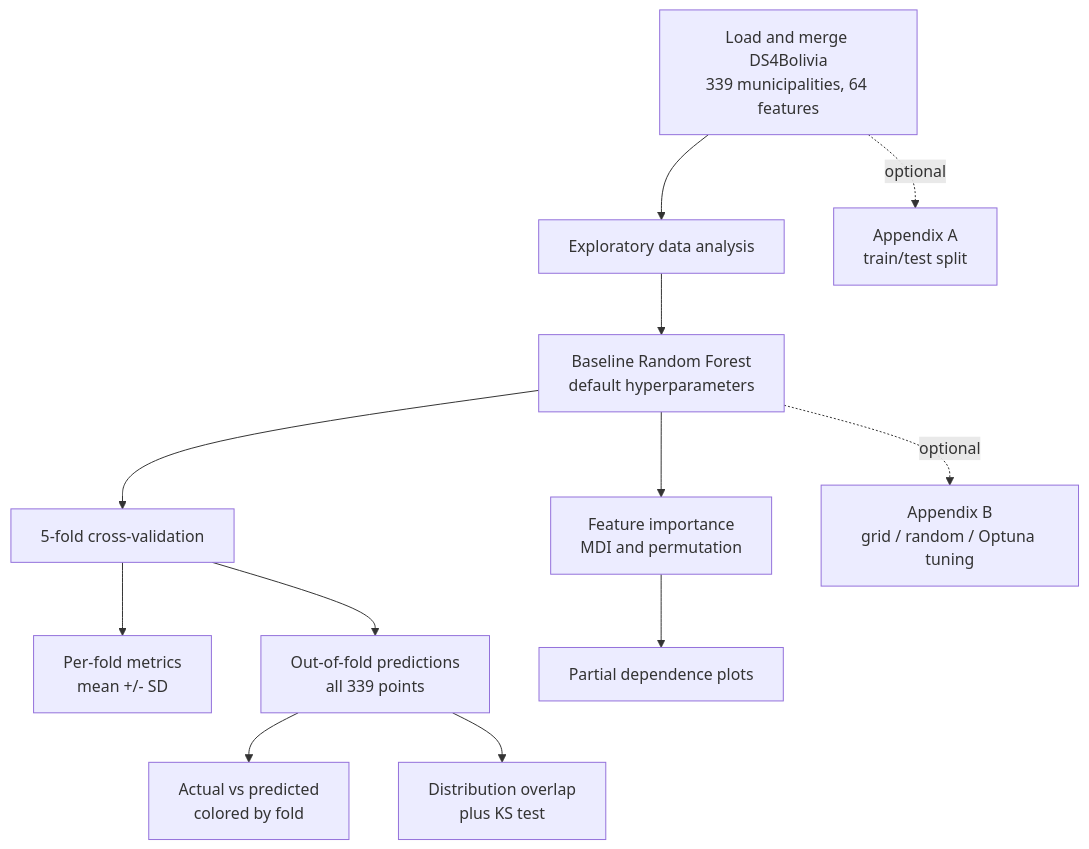
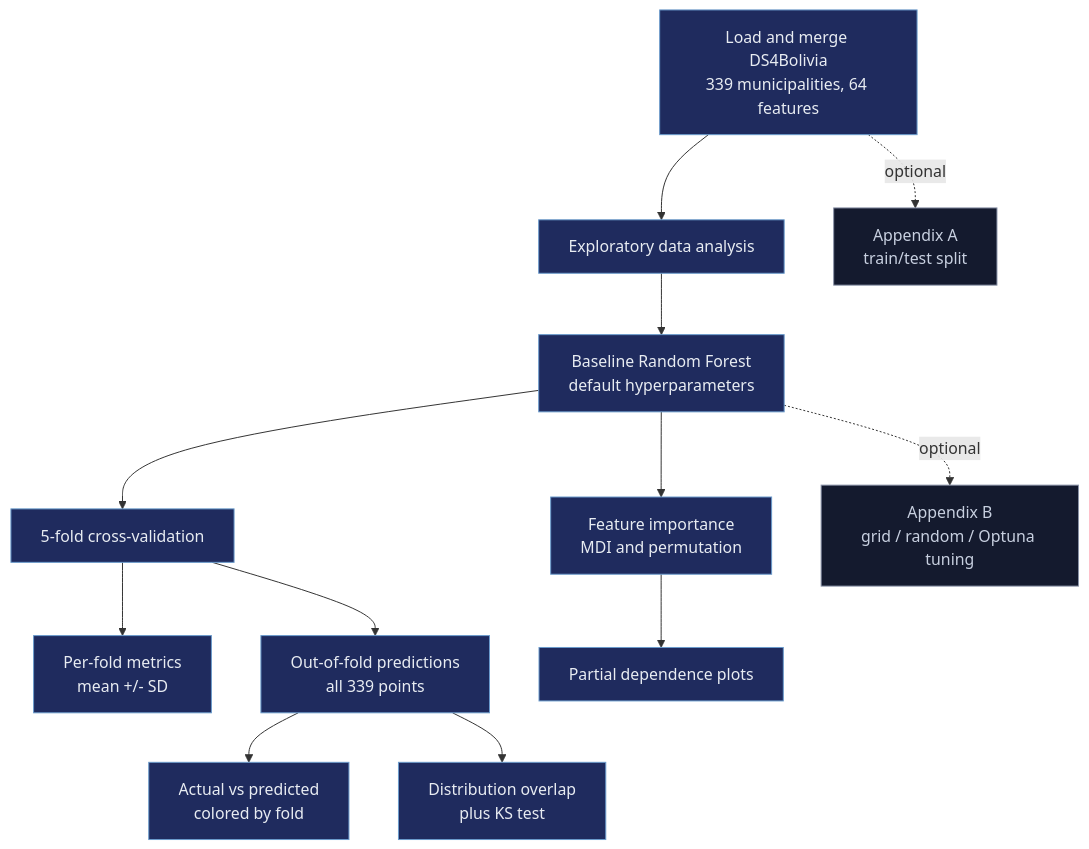
The first of 2 diagrams in content/post/python_ml_random_forest/index.md (cmg777/starter-academic-v501), drawn with Mermaid before and after one commit. The commit also changed other lines of this file and 21 other files, not shown here.

First line of the commit message:
content(python_ml_random_forest): dark-theme diagrams/figures + add Appendix C (linear regression)

````diff
--- a/content/post/python_ml_random_forest/index.md
+++ b/content/post/python_ml_random_forest/index.md
@@ -83,14 +83,18 @@
 ```mermaid
 graph TD
     A["Load and merge DS4Bolivia<br/>339 municipalities, 64 features"] --> B["Exploratory data analysis"]
     B --> C["Baseline Random Forest<br/>default hyperparameters"]
     C --> D["5-fold cross-validation"]
     D --> E["Per-fold metrics<br/>mean +/- SD"]
     D --> F["Out-of-fold predictions<br/>all 339 points"]
     F --> G["Actual vs predicted<br/>colored by fold"]
     F --> H["Distribution overlap<br/>plus KS test"]
     C --> I["Feature importance<br/>MDI and permutation"]
     I --> J["Partial dependence plots"]
     A -.optional.-> K["Appendix A<br/>train/test split"]
     C -.optional.-> L["Appendix B<br/>grid / random / Optuna tuning"]
+    classDef box fill:#1f2b5e,stroke:#6a9bcc,stroke-width:1px,color:#e8ecf2;
+    classDef appendix fill:#141a2e,stroke:#8a93a8,stroke-width:1px,color:#c8d0e0;
+    class A,B,C,D,E,F,G,H,I,J box;
+    class K,L appendix;
 ```
````
